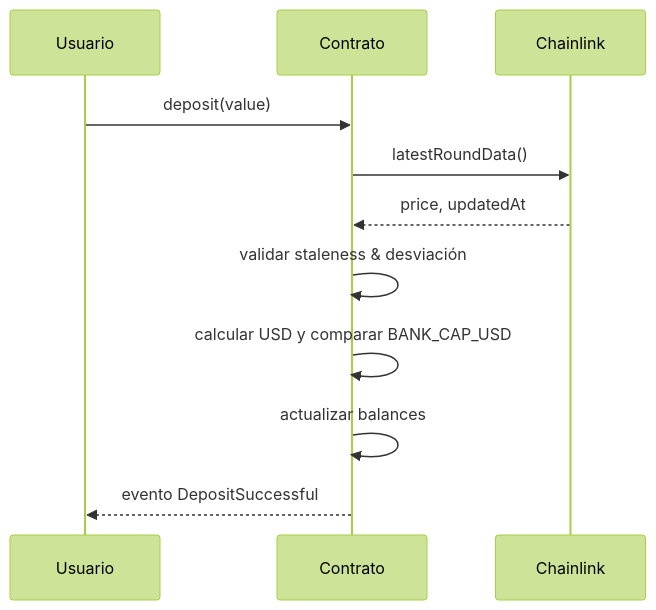
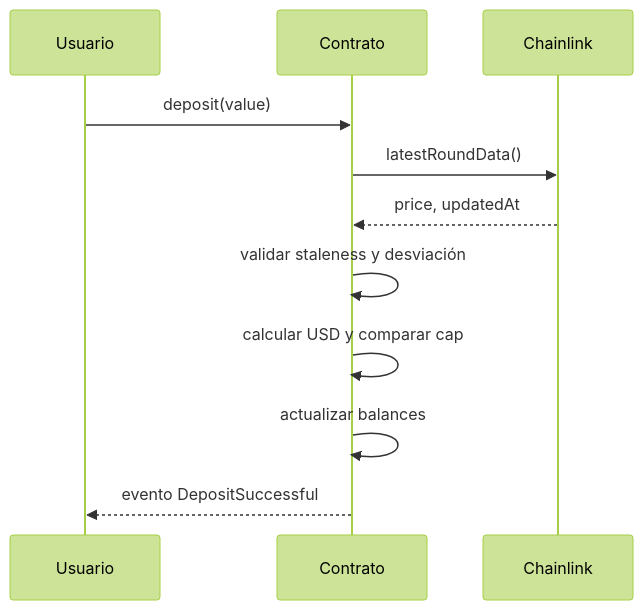
The second of 4 diagrams in README.md (g-centurion/KipuBankV3), drawn with Mermaid (forest theme) before and after one commit. The commit also changed other lines of this file and 1 other file, not shown here.

Commit message:
docs: reorganize README and expand FLOW_DIAGRAMS with technical details

````diff
--- a/README.md
+++ b/README.md
@@ -219,13 +158,13 @@
 ```mermaid
 sequenceDiagram
    participant U as Usuario
    participant C as Contrato
    participant O as Chainlink
    U->>C: deposit(value)
    C->>O: latestRoundData()
    O-->>C: price, updatedAt
-   C->>C: validar staleness & desviación
-   C->>C: calcular USD y comparar BANK_CAP_USD
+   C->>C: validar staleness y desviación
+   C->>C: calcular USD y comparar cap
    C->>C: actualizar balances
    C-->>U: evento DepositSuccessful
 ```
````
